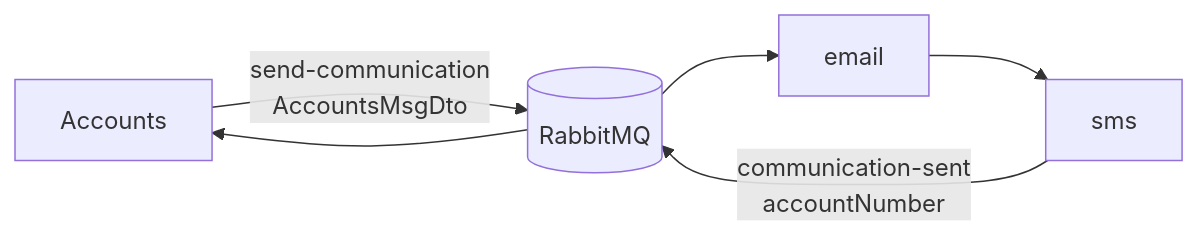
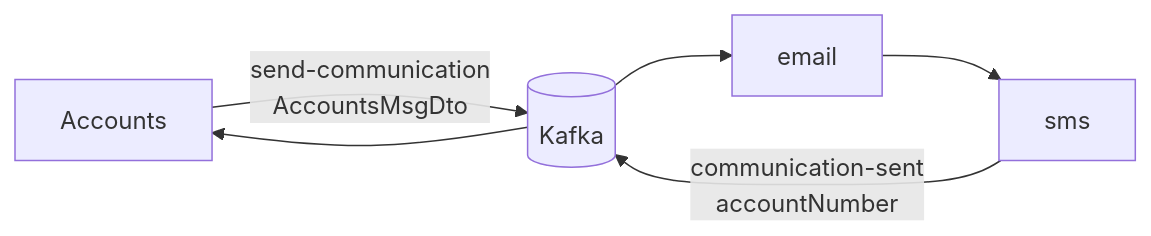
Before and after one commit to cham207388/master-ms-sb: the diagram in message/README.md, drawn with Mermaid. The commit also changed other lines of this file and 11 other files, not shown here.

````diff
--- a/message/README.md
+++ b/message/README.md
@@ -18,8 +18,8 @@
 ```mermaid
 flowchart LR
-  Accounts -->|send-communication<br/>AccountsMsgDto| RMQ[(RabbitMQ)]
-  RMQ --> email
+  Accounts -->|send-communication<br/>AccountsMsgDto| KFK[(Kafka)]
+  KFK --> email
   email --> sms
-  sms -->|communication-sent<br/>accountNumber| RMQ
-  RMQ --> Accounts
+  sms -->|communication-sent<br/>accountNumber| KFK
+  KFK --> Accounts
 ```
````
